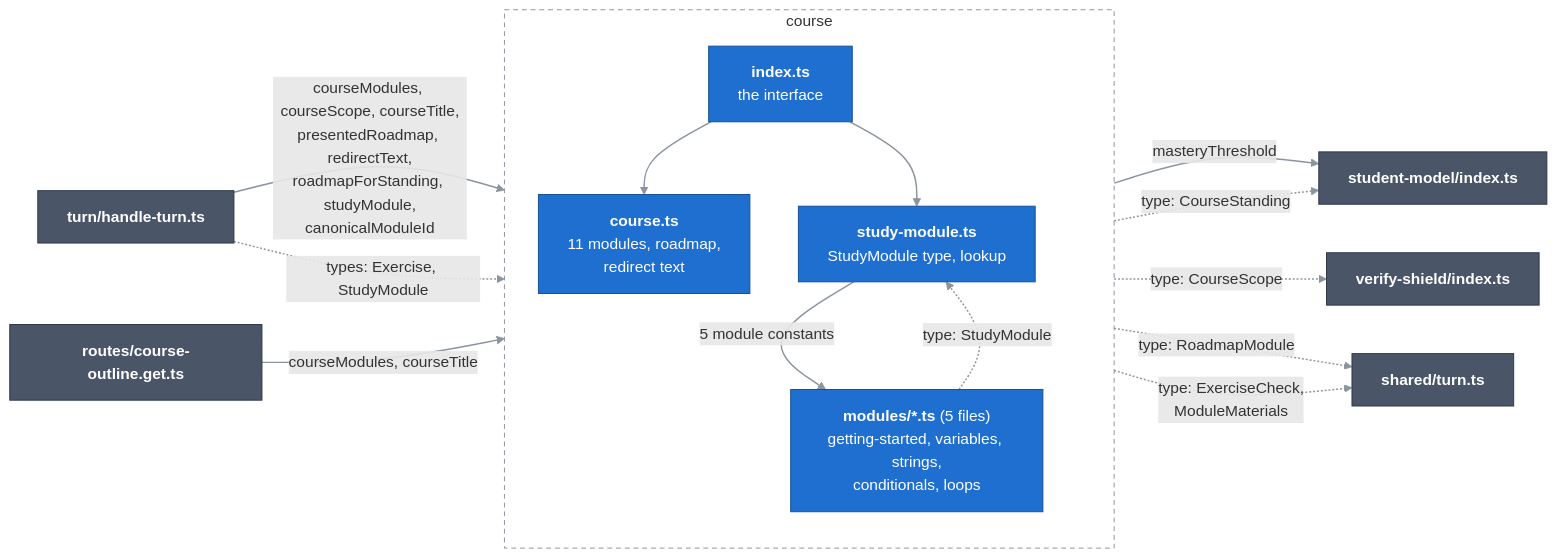
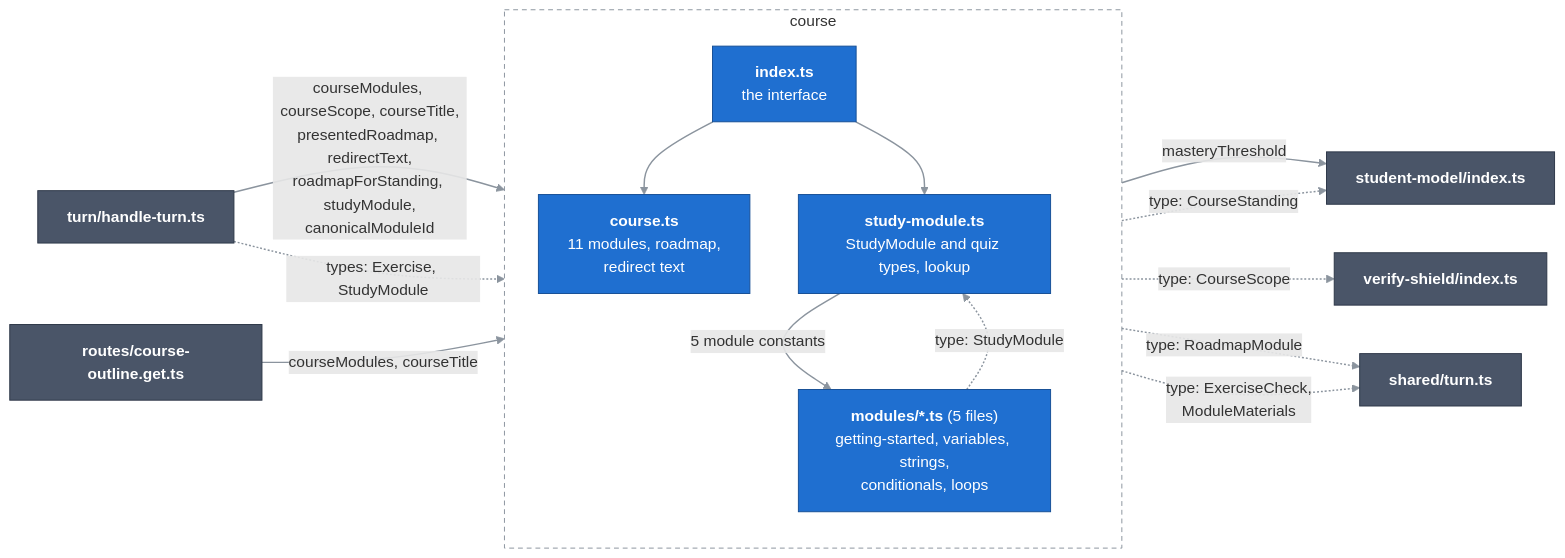
The diagram in docs/c4/03-components/server/04-course.md (Bill2926/COS40005_HN9_Verifiable_Co-Learner_Agent), drawn with Mermaid before and after one commit. The commit also changed other lines of this file and 9 other files, not shown here.

Commit message:
Course content model: one module name and a three-question quiz shape (#137)

````diff
--- a/docs/c4/03-components/server/04-course.md
+++ b/docs/c4/03-components/server/04-course.md
@@ -11,35 +11,35 @@
 ```mermaid
 flowchart LR
   classDef comp fill:#1f6fd0,stroke:#164f96,color:#ffffff
   classDef near fill:#4a5568,stroke:#2d3748,color:#ffffff
   linkStyle default stroke:#8b949e,stroke-width:1.5px
 
   handleTurn["<b>turn/handle-turn.ts</b>"]:::near
   outline["<b>routes/course-outline.get.ts</b>"]:::near
   studentModel["<b>student-model/index.ts</b>"]:::near
   shield["<b>verify-shield/index.ts</b>"]:::near
   turnTypes["<b>shared/turn.ts</b>"]:::near
 
   subgraph course["course"]
     direction TB
     index["<b>index.ts</b><br/>the interface"]:::comp
     courseFile["<b>course.ts</b><br/>11 modules, roadmap,<br/>redirect text"]:::comp
-    studyModule["<b>study-module.ts</b><br/>StudyModule type, lookup"]:::comp
+    studyModule["<b>study-module.ts</b><br/>StudyModule and quiz types, lookup"]:::comp
     modules["<b>modules/*.ts</b> (5 files)<br/>getting-started, variables, strings,<br/>conditionals, loops"]:::comp
   end
 
   handleTurn -->|"courseModules, courseScope, courseTitle,<br/>presentedRoadmap, redirectText,<br/>roadmapForStanding, studyModule,<br/>canonicalModuleId"| index
   handleTurn -.->|"types: Exercise, StudyModule"| index
   outline -->|"courseModules, courseTitle"| index
   index --> courseFile
   index --> studyModule
   studyModule -->|"5 module constants"| modules
   modules -.->|"type: StudyModule"| studyModule
   courseFile -->|"masteryThreshold"| studentModel
   courseFile -.->|"type: CourseStanding"| studentModel
   courseFile -.->|"type: CourseScope"| shield
   courseFile -.->|"type: RoadmapModule"| turnTypes
   studyModule -.->|"type: ExerciseCheck,<br/>ModuleMaterials"| turnTypes
 
   style course fill:none,stroke:#8b949e,stroke-dasharray:5 4
 ```
````
